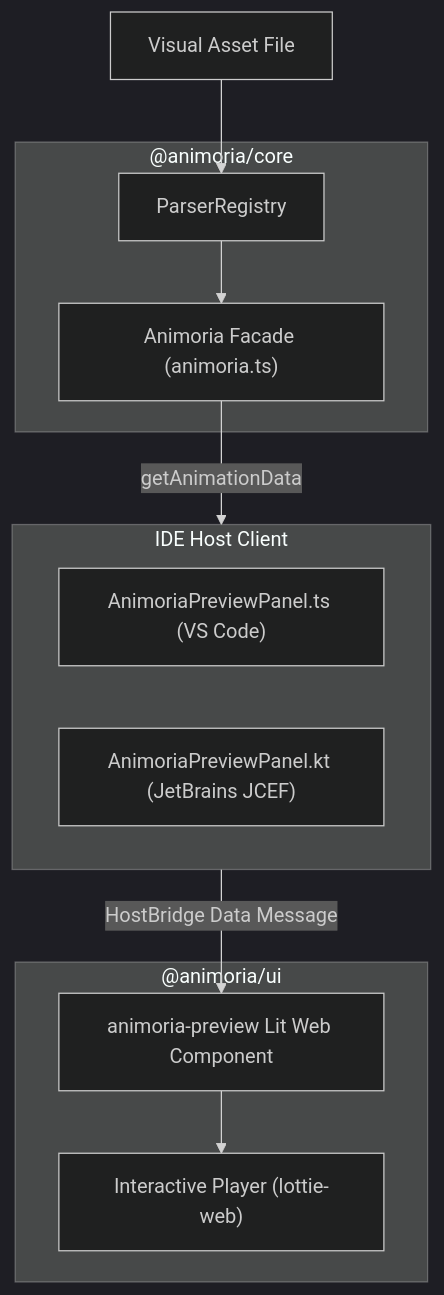
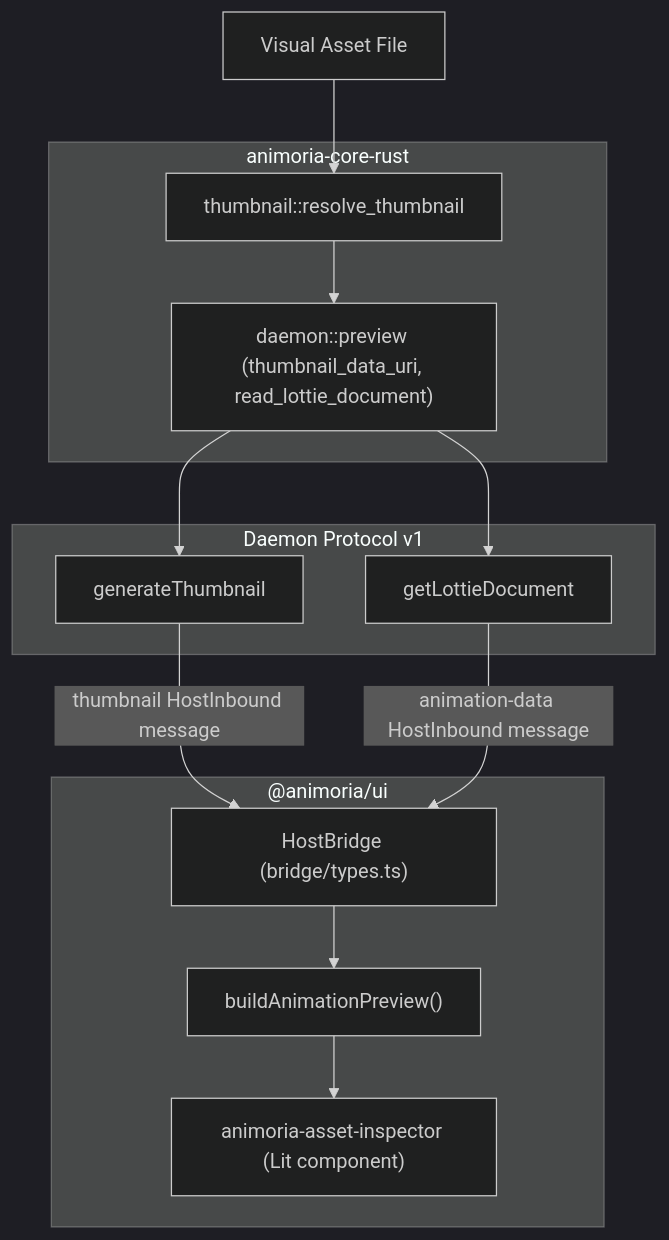
One commit to sxnnyside-project/animoria changed the diagram in docs/guides/09-asset-preview-inspection.md. Above: the diagram before and after it, drawn with Mermaid (dark theme). The commit also changed other lines of this file and 466 other files, not shown here.

Commit message:
refactor: complete migration of core engine from TypeScript to Rust

````diff
--- a/docs/guides/09-asset-preview-inspection.md
+++ b/docs/guides/09-asset-preview-inspection.md
@@ -16,25 +14,29 @@
 ```mermaid
 graph TD
     AssetFile["Visual Asset File"]
-    
-    subgraph CoreEngine["@animoria/core"]
-        AnimoriaFacade["Animoria Facade (animoria.ts)"]
-        ParserRegistry["ParserRegistry"]
+
+    subgraph RustCore["animoria-core-rust"]
+        ThumbMod["thumbnail::resolve_thumbnail"]
+        PreviewMod["daemon::preview (thumbnail_data_uri, read_lottie_document)"]
     end
 
-    subgraph ClientHost["IDE Host Client"]
-        VSCodePanel["AnimoriaPreviewPanel.ts (VS Code)"]
-        JBPanel["AnimoriaPreviewPanel.kt (JetBrains JCEF)"]
+    subgraph Daemon["Daemon Protocol v1"]
+        GenThumb["generateThumbnail"]
+        GetLottie["getLottieDocument"]
     end
 
-    subgraph Presentation["@animoria/ui"]
-        PreviewComp["animoria-preview Lit Web Component"]
-        LottiePlayer["Interactive Player (lottie-web)"]
+    subgraph UILayer["@animoria/ui"]
+        Bridge["HostBridge (bridge/types.ts)"]
+        BuildPreview["buildAnimationPreview()"]
+        Inspector["animoria-asset-inspector (Lit component)"]
     end
 
-    AssetFile --> ParserRegistry
-    ParserRegistry --> AnimoriaFacade
-    AnimoriaFacade -->|getAnimationData| ClientHost
-    ClientHost -->|HostBridge Data Message| PreviewComp
-    PreviewComp --> LottiePlayer
+    AssetFile --> ThumbMod
+    ThumbMod --> PreviewMod
+    PreviewMod --> GenThumb
+    PreviewMod --> GetLottie
+    GenThumb -->|thumbnail HostInbound message| Bridge
+    GetLottie -->|animation-data HostInbound message| Bridge
+    Bridge --> BuildPreview
+    BuildPreview --> Inspector
 ```
````
